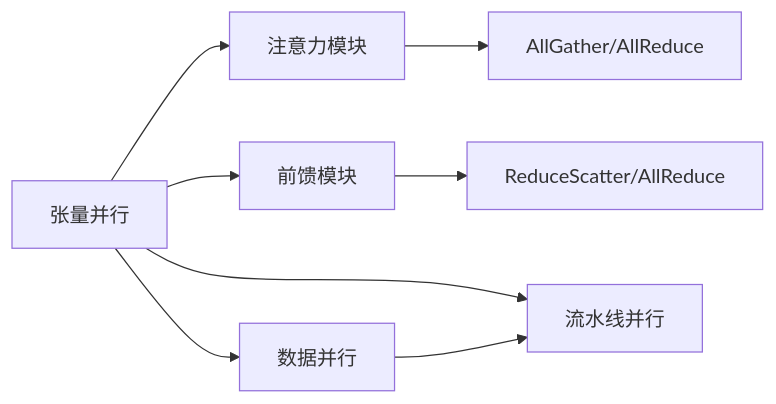
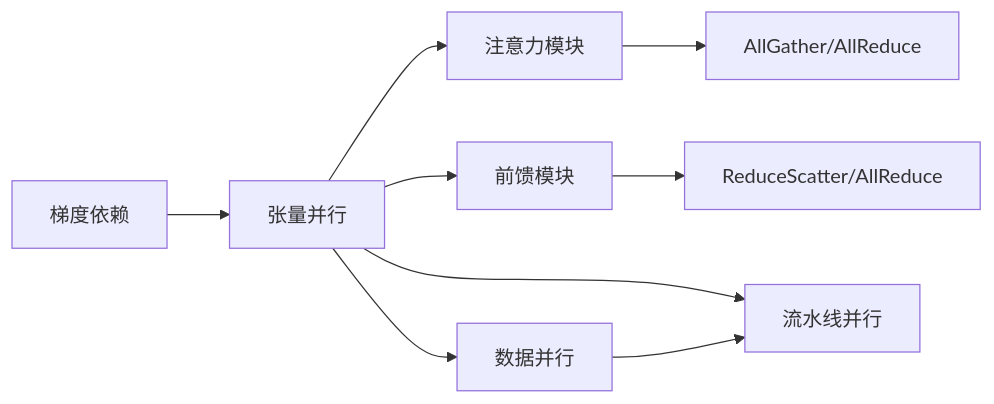
Before and after one commit to Mr-Yoje/llm_interview_note: the third of 3 diagrams in .qoder/repowiki/zh/content/训练方法/分布式训练/张量并行.md, drawn with Mermaid. The commit also changed other lines of this file and 14 other files, not shown here.

````diff
--- a/.qoder/repowiki/zh/content/训练方法/分布式训练/张量并行.md
+++ b/.qoder/repowiki/zh/content/训练方法/分布式训练/张量并行.md
@@ -201,10 +253,11 @@
 ```mermaid
 graph LR
 TP["张量并行"] --> MHA["注意力模块"]
 TP --> FFN["前馈模块"]
 MHA --> AG["AllGather/AllReduce"]
 FFN --> RS["ReduceScatter/AllReduce"]
 TP --> DP["数据并行"]
 TP --> PP["流水线并行"]
 DP --> PP
+GD["梯度依赖"] --> TP
 ```
````
